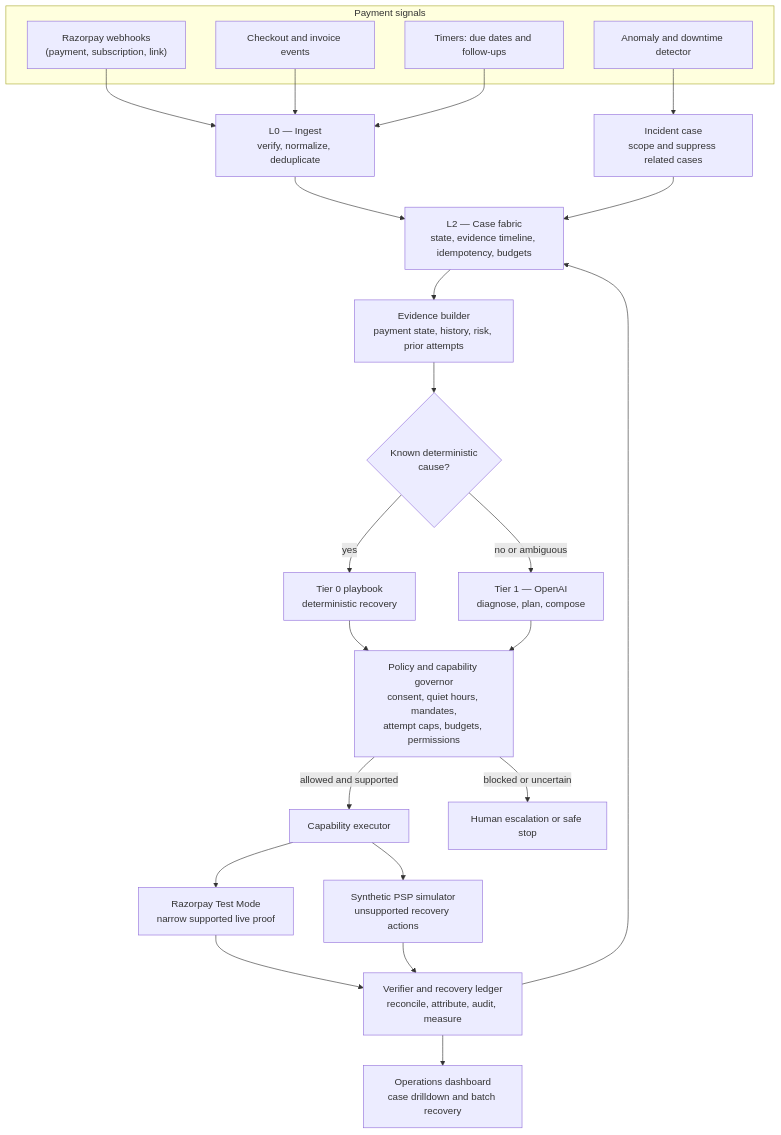
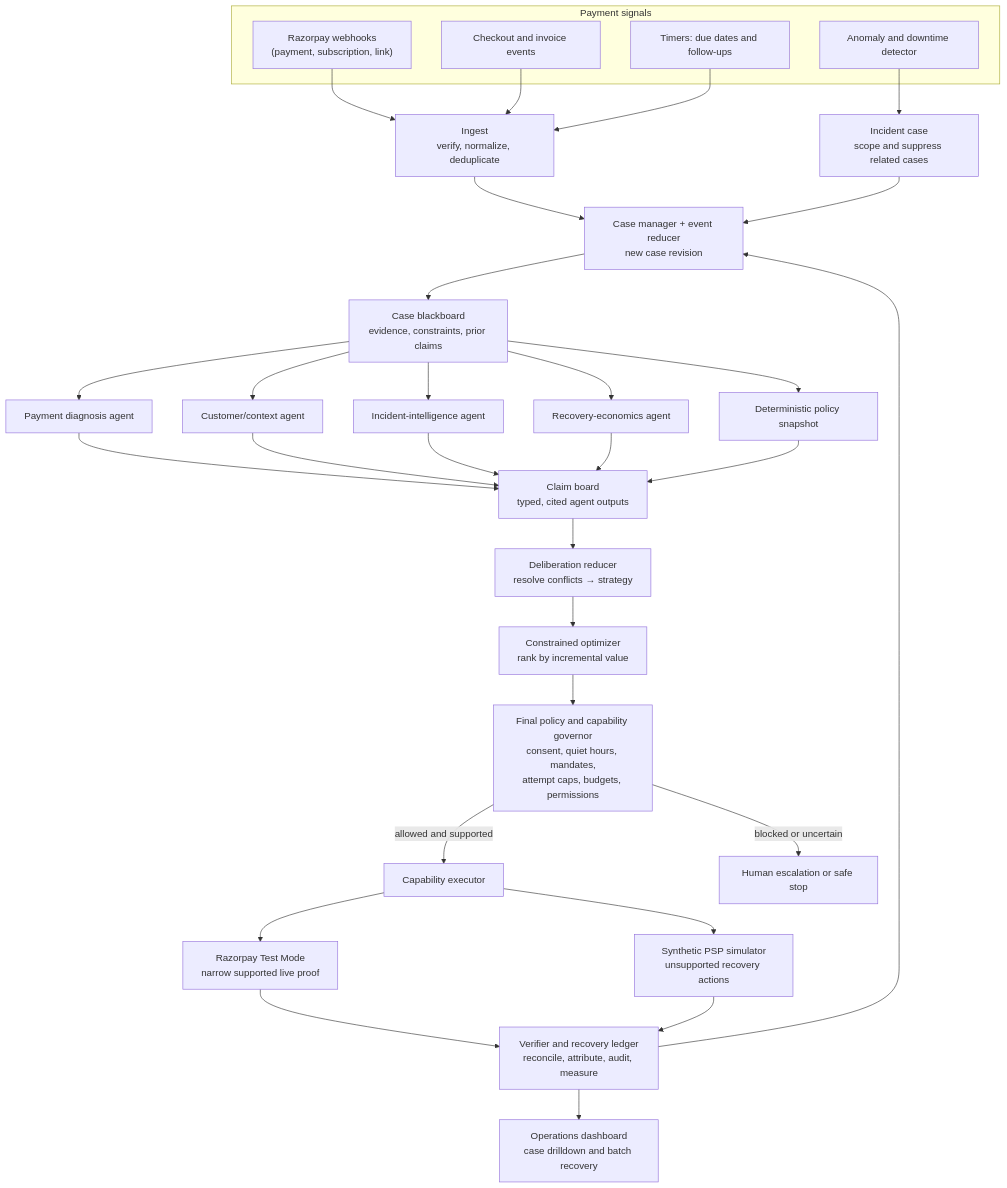
The fourth of 4 diagrams in outputs/revenue-recovery-architecture-v2.md (siddharthg2309/razorpay-buildathon), drawn with Mermaid before and after one commit. The commit also changed other lines of this file and 1 other file, not shown here.

Commit message:
docs: model parallel recovery agent runtime

````diff
--- a/outputs/revenue-recovery-architecture-v2.md
+++ b/outputs/revenue-recovery-architecture-v2.md
@@ -149,30 +171,34 @@
 ```mermaid
 flowchart TB
     subgraph Signals["Payment signals"]
         RZPW["Razorpay webhooks<br/>(payment, subscription, link)"]
         APP["Checkout and invoice events"]
         TIMER["Timers: due dates and follow-ups"]
         ANOM["Anomaly and downtime detector"]
     end
 
-    RZPW & APP & TIMER --> ING["L0 — Ingest<br/>verify, normalize, deduplicate"]
-    ING --> CASE["L2 — Case fabric<br/>state, evidence timeline, idempotency, budgets"]
+    RZPW & APP & TIMER --> ING["Ingest<br/>verify, normalize, deduplicate"]
+    ING --> CASE["Case manager + event reducer<br/>new case revision"]
     ANOM --> INC["Incident case<br/>scope and suppress related cases"]
     INC --> CASE
 
-    CASE --> EVID["Evidence builder<br/>payment state, history, risk, prior attempts"]
-    EVID --> ROUTE{"Known deterministic<br/>cause?"}
-    ROUTE -->|yes| T0["Tier 0 playbook<br/>deterministic recovery"]
-    ROUTE -->|no or ambiguous| T1["Tier 1 — OpenAI<br/>diagnose, plan, compose"]
+    CASE --> BB["Case blackboard<br/>evidence, constraints, prior claims"]
+    BB --> DIA["Payment diagnosis agent"]
+    BB --> CXT["Customer/context agent"]
+    BB --> INA["Incident-intelligence agent"]
+    BB --> ECO["Recovery-economics agent"]
+    BB --> PRE["Deterministic policy snapshot"]
 
-    T0 --> GOV["Policy and capability governor<br/>consent, quiet hours, mandates,<br/>attempt caps, budgets, permissions"]
-    T1 --> GOV
+    DIA & CXT & INA & ECO & PRE --> CLAIMS["Claim board<br/>typed, cited agent outputs"]
+    CLAIMS --> RED["Deliberation reducer<br/>resolve conflicts → strategy"]
+    RED --> OPT["Constrained optimizer<br/>rank by incremental value"]
+    OPT --> GOV["Final policy and capability governor<br/>consent, quiet hours, mandates,<br/>attempt caps, budgets, permissions"]
     GOV -->|allowed and supported| EXEC["Capability executor"]
     GOV -->|blocked or uncertain| HUMAN["Human escalation or safe stop"]
 
     EXEC --> LIVE["Razorpay Test Mode<br/>narrow supported live proof"]
     EXEC --> SIM["Synthetic PSP simulator<br/>unsupported recovery actions"]
     LIVE & SIM --> VERIFY["Verifier and recovery ledger<br/>reconcile, attribute, audit, measure"]
     VERIFY --> CASE
     VERIFY --> DASH["Operations dashboard<br/>case drilldown and batch recovery"]
 ```
````
